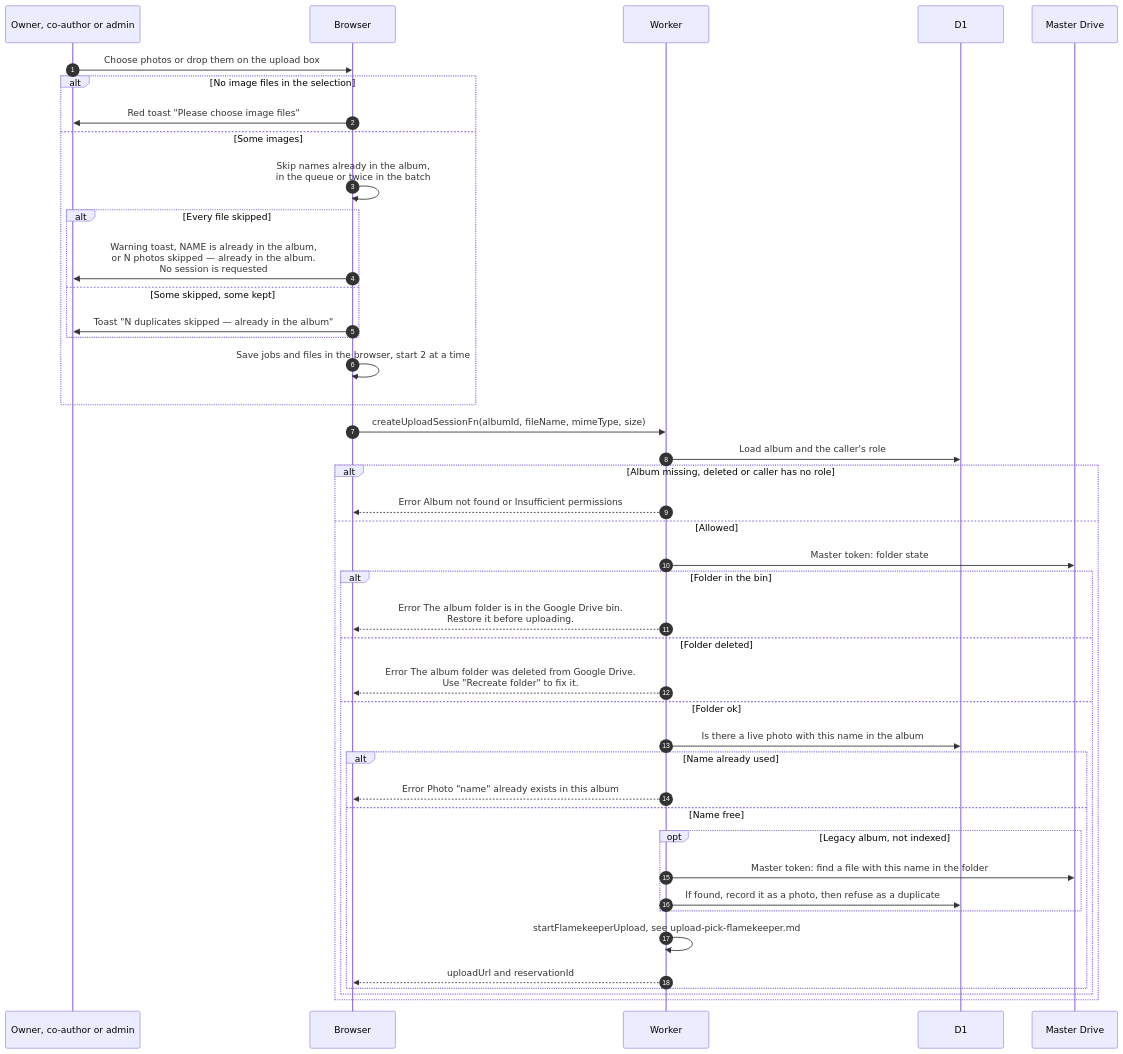
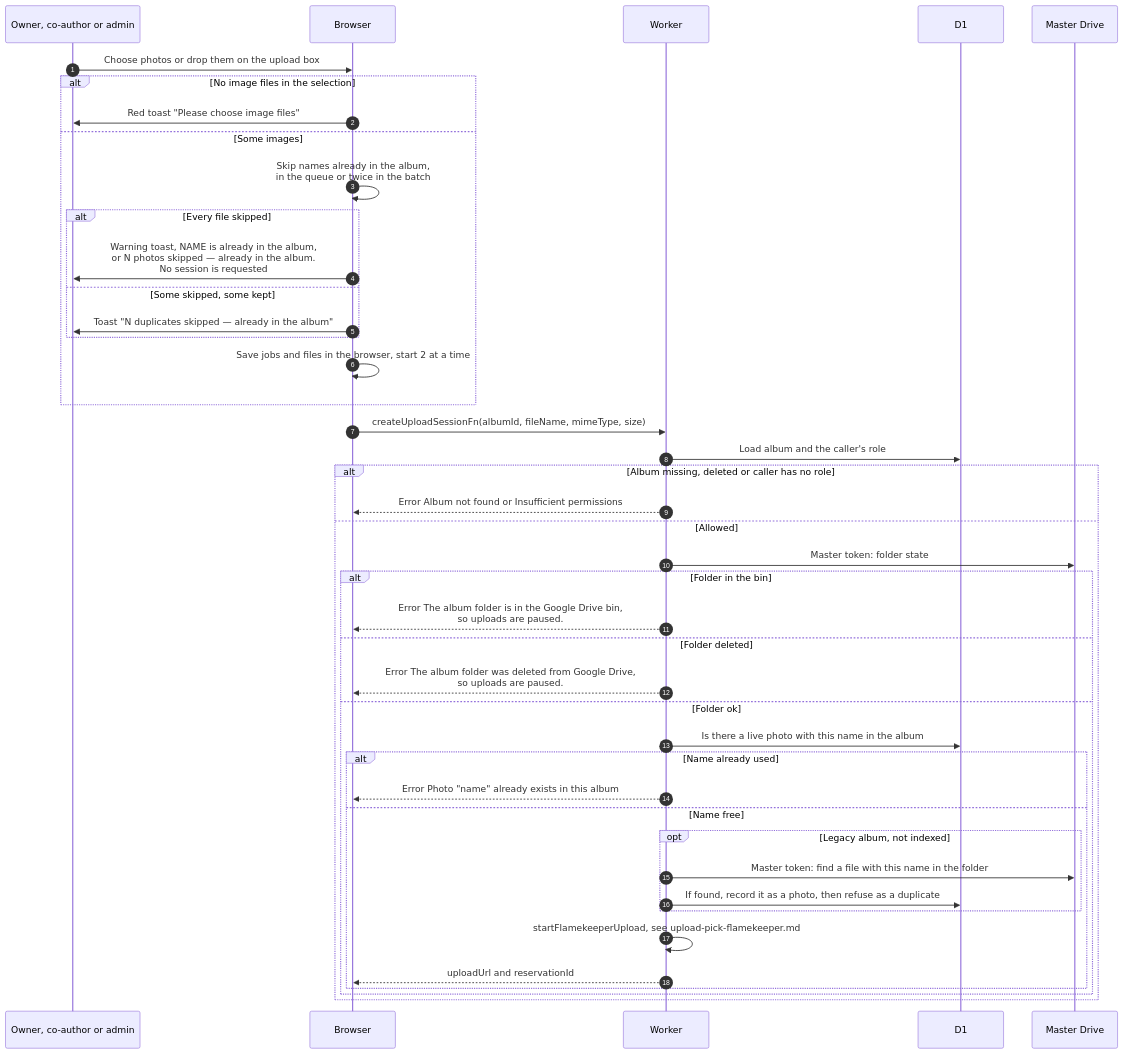
The diagram in docs/scenarios/albums/upload-start.md (sagyzdop/meriksirat), drawn with Mermaid before and after one commit. The commit also changed other lines of this file and 27 other files, not shown here.

````diff
--- a/docs/scenarios/albums/upload-start.md
+++ b/docs/scenarios/albums/upload-start.md
@@ -16,45 +16,45 @@
 ```mermaid
 sequenceDiagram
     autonumber
     participant M as Owner, co-author or admin
     participant B as Browser
     participant W as Worker
     participant D as D1
     participant G as Master Drive
     M->>B: Choose photos or drop them on the upload box
     alt No image files in the selection
         B->>M: Red toast "Please choose image files"
     else Some images
         B->>B: Skip names already in the album,<br/>in the queue or twice in the batch
         alt Every file skipped
             B->>M: Warning toast, NAME is already in the album,<br/>or N photos skipped — already in the album.<br/>No session is requested
         else Some skipped, some kept
             B->>M: Toast "N duplicates skipped — already in the album"
         end
         B->>B: Save jobs and files in the browser, start 2 at a time
     end
     B->>W: createUploadSessionFn(albumId, fileName, mimeType, size)
     W->>D: Load album and the caller's role
     alt Album missing, deleted or caller has no role
         W-->>B: Error Album not found or Insufficient permissions
     else Allowed
         W->>G: Master token: folder state
         alt Folder in the bin
-            W-->>B: Error The album folder is in the Google Drive bin.<br/>Restore it before uploading.
+            W-->>B: Error The album folder is in the Google Drive bin,<br/>so uploads are paused.
         else Folder deleted
-            W-->>B: Error The album folder was deleted from Google Drive.<br/>Use "Recreate folder" to fix it.
+            W-->>B: Error The album folder was deleted from Google Drive,<br/>so uploads are paused.
         else Folder ok
             W->>D: Is there a live photo with this name in the album
             alt Name already used
                 W-->>B: Error Photo "name" already exists in this album
             else Name free
                 opt Legacy album, not indexed
                     W->>G: Master token: find a file with this name in the folder
                     W->>D: If found, record it as a photo, then refuse as a duplicate
                 end
                 W->>W: startFlamekeeperUpload, see upload-pick-flamekeeper.md
                 W-->>B: uploadUrl and reservationId
             end
         end
     end
 ```
````
